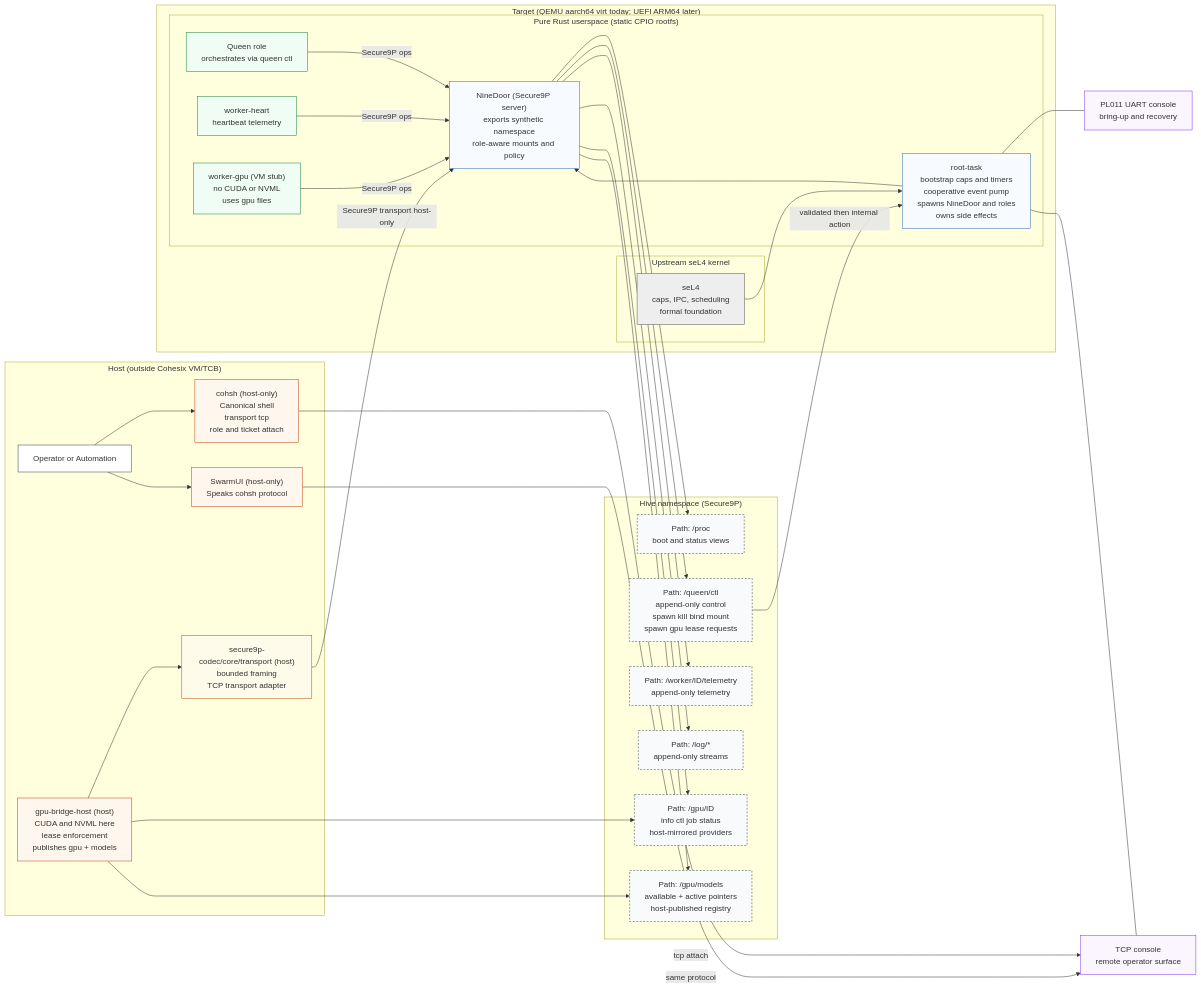
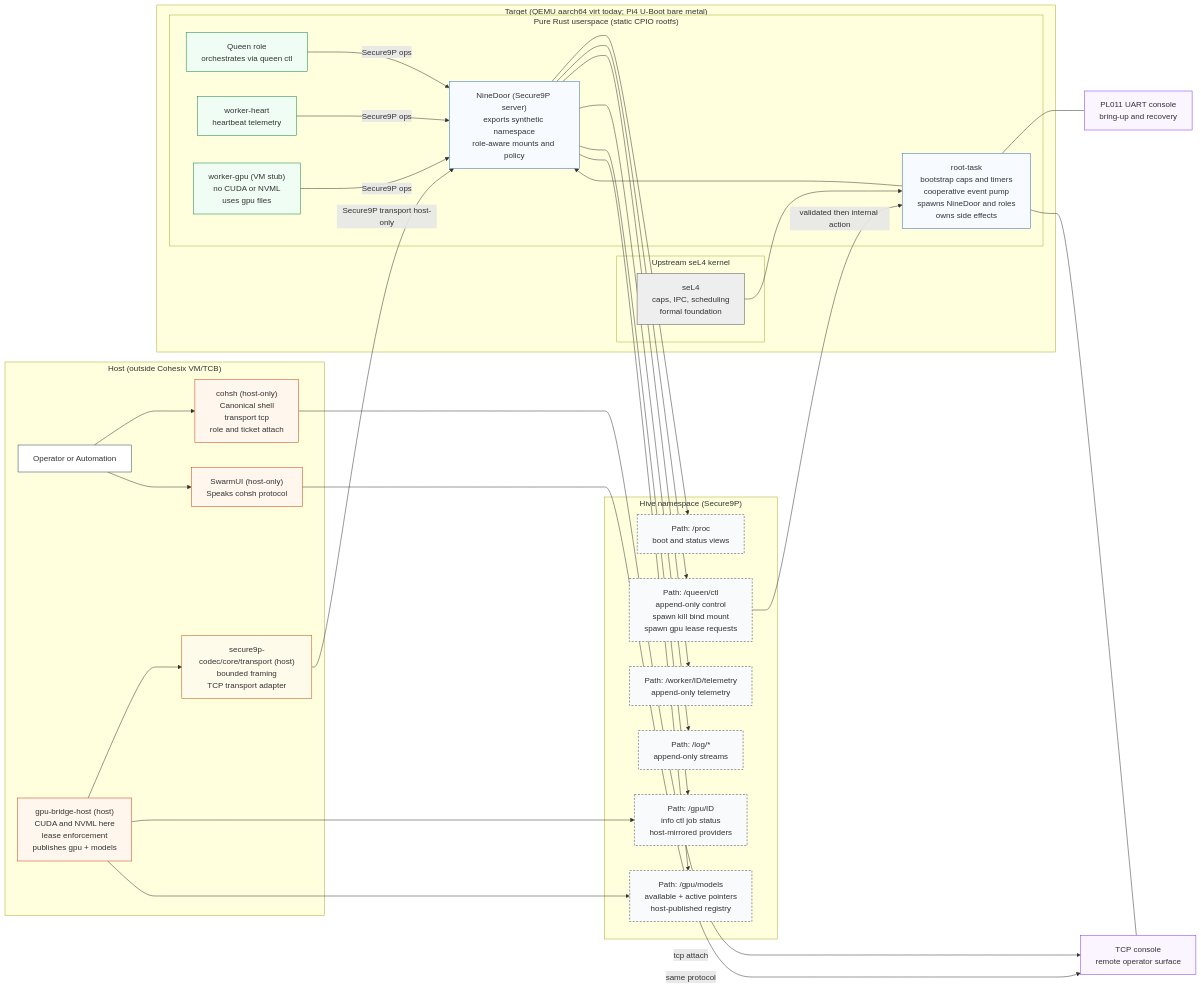
One commit to lukeb-aidev/cohesix changed the diagram in README.md. Above: the diagram before and after it, drawn with Mermaid. The commit also changed other lines of this file and 2 other files, not shown here.

Commit message:
docs: pivot Pi4 bring-up to U-Boot binary flow

````diff
--- a/README.md
+++ b/README.md
@@ -117,75 +117,75 @@
 ```mermaid
 flowchart LR
 
   subgraph HOST["Host (outside Cohesix VM/TCB)"]
     OP["Operator or Automation"]:::ext
     COHSH["cohsh (host-only)<br/>Canonical shell<br/>transport tcp<br/>role and ticket attach"]:::hosttool
     GUI["SwarmUI (host-only)<br/>Speaks cohsh protocol"]:::hosttool
     WIRE["secure9p-codec/core/transport (host)<br/>bounded framing<br/>TCP transport adapter"]:::hostlib
     GPUB["gpu-bridge-host (host)<br/>CUDA and NVML here<br/>lease enforcement<br/>publishes gpu + models"]:::hosttool
   end
 
-  subgraph TARGET["Target (QEMU aarch64 virt today; UEFI ARM64 later)"]
+  subgraph TARGET["Target (QEMU aarch64 virt today; Pi4 U-Boot bare metal)"]
     subgraph K["Upstream seL4 kernel"]
       SEL4["seL4<br/>caps, IPC, scheduling<br/>formal foundation"]:::kernel
     end
 
     subgraph USER["Pure Rust userspace (static CPIO rootfs)"]
       RT["root-task<br/>bootstrap caps and timers<br/>cooperative event pump<br/>spawns NineDoor and roles<br/>owns side effects"]:::vm
       ND["NineDoor (Secure9P server)<br/>exports synthetic namespace<br/>role-aware mounts and policy"]:::vm
 
       Q["Queen role<br/>orchestrates via queen ctl"]:::role
       WH["worker-heart<br/>heartbeat telemetry"]:::role
       WG["worker-gpu (VM stub)<br/>no CUDA or NVML<br/>uses gpu files"]:::role
     end
   end
 
   UART["PL011 UART console<br/>bring-up and recovery"]:::console
   TCP["TCP console<br/>remote operator surface"]:::console
 
   subgraph NS["Hive namespace (Secure9P)"]
     PROC["Path: /proc<br/>boot and status views"]:::path
     QUEENCTL["Path: /queen/ctl<br/>append-only control<br/>spawn kill bind mount<br/>spawn gpu lease requests"]:::path
     WORKTEL["Path: /worker/ID/telemetry<br/>append-only telemetry"]:::path
     LOGS["Path: /log/*<br/>append-only streams"]:::path
     GPUFS["Path: /gpu/ID<br/>info ctl job status<br/>host-mirrored providers"]:::path
     GPUMODELS["Path: /gpu/models<br/>available + active pointers<br/>host-published registry"]:::path
   end
 
   SEL4 --> RT
   RT --> ND
   RT --- UART
   RT --- TCP
 
   OP --> COHSH
   OP --> GUI
   COHSH -->|tcp attach| TCP
   GUI -->|same protocol| TCP
 
   ND --> PROC
   ND --> QUEENCTL
   ND --> WORKTEL
   ND --> LOGS
   ND --> GPUFS
   ND --> GPUMODELS
 
   Q -->|Secure9P ops| ND
   WH -->|Secure9P ops| ND
   WG -->|Secure9P ops| ND
 
   QUEENCTL -->|validated then internal action| RT
 
   GPUB --> WIRE
   WIRE -->|Secure9P transport host-only| ND
   GPUB --> GPUFS
   GPUB --> GPUMODELS
 
   classDef kernel fill:#eeeeee,stroke:#555555,stroke-width:1px;
   classDef vm fill:#f7fbff,stroke:#2b6cb0,stroke-width:1px;
   classDef role fill:#f0fdf4,stroke:#15803d,stroke-width:1px;
   classDef console fill:#faf5ff,stroke:#7c3aed,stroke-width:1px;
   classDef path fill:#f8fafc,stroke:#334155,stroke-dasharray: 4 3;
   classDef hosttool fill:#fff7ed,stroke:#c2410c,stroke-width:1px;
   classDef hostlib fill:#fffbeb,stroke:#b45309,stroke-width:1px;
   classDef ext fill:#ffffff,stroke:#334155,stroke-width:1px;
 ```
````
